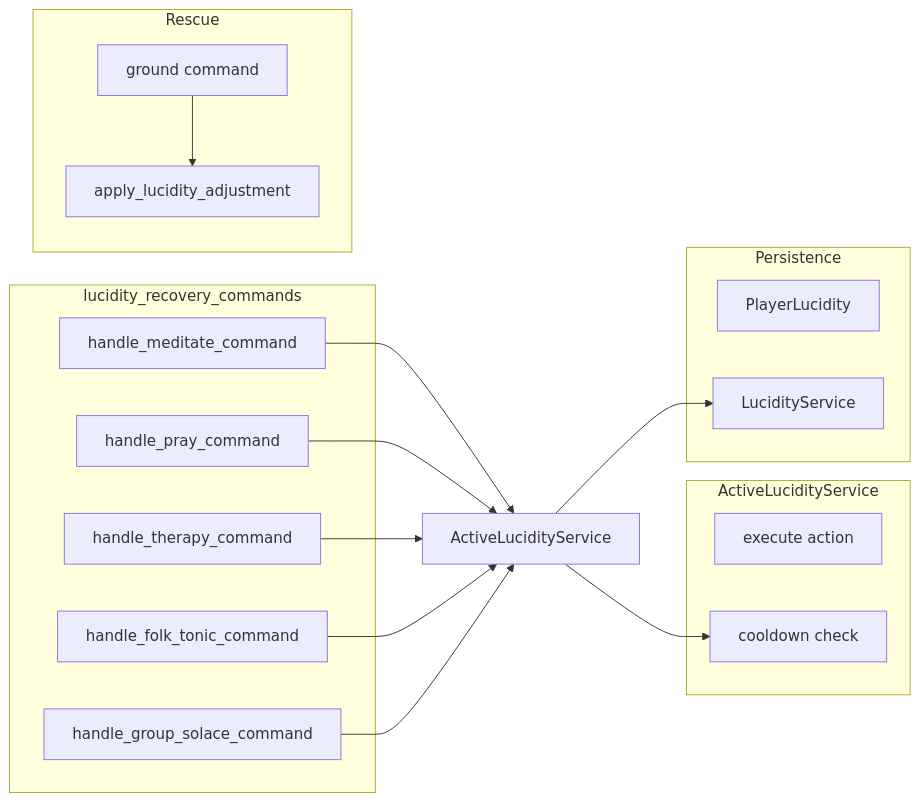
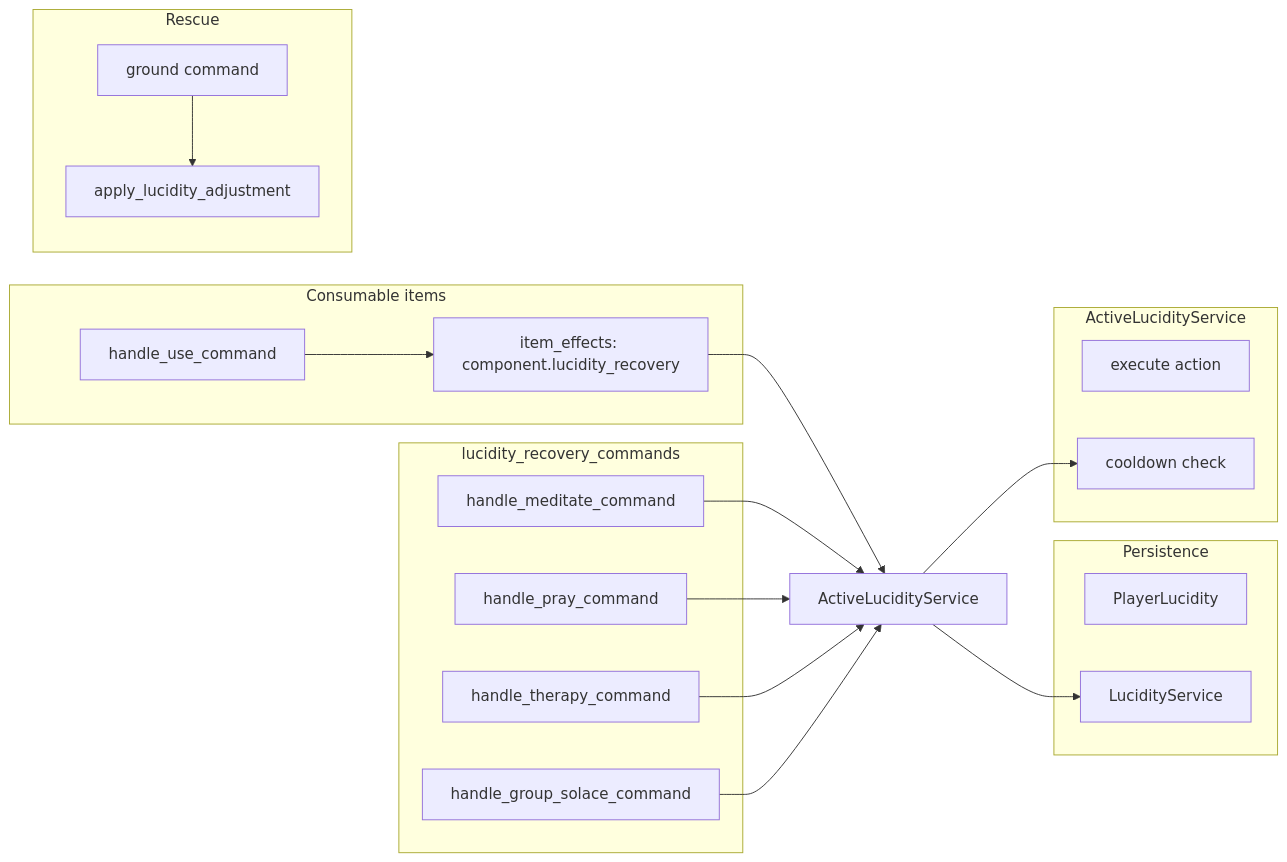
The diagram in docs/subsystems/SUBSYSTEM_LUCIDITY_DESIGN.md (arkanwolfshade/MythosMUD), drawn with Mermaid before and after one commit. The commit also changed other lines of this file and 34 other files, not shown here.

First line of the commit message:
feat(items): folk tonic as a consumable item, with /use (#870)

````diff
--- a/docs/subsystems/SUBSYSTEM_LUCIDITY_DESIGN.md
+++ b/docs/subsystems/SUBSYSTEM_LUCIDITY_DESIGN.md
@@ -29,30 +30,34 @@
 ```mermaid
 flowchart LR
   subgraph commands [lucidity_recovery_commands]
     Meditate[handle_meditate_command]
     Pray[handle_pray_command]
     Therapy[handle_therapy_command]
-    FolkTonic[handle_folk_tonic_command]
     GroupSolace[handle_group_solace_command]
   end
   subgraph active [ActiveLucidityService]
     ExecuteAction[execute action]
     Cooldown[cooldown check]
   end
   subgraph persistence [Persistence]
     PlayerLucidity[PlayerLucidity]
     LucidityService[LucidityService]
   end
+  subgraph consumables [Consumable items]
+    UseCmd[handle_use_command]
+    ItemEffects[item_effects: component.lucidity_recovery]
+  end
   subgraph rescue [Rescue]
     Ground[ground command]
     apply_lucidity_adjustment[apply_lucidity_adjustment]
   end
   Meditate --> ActiveLucidityService
   Pray --> ActiveLucidityService
   Therapy --> ActiveLucidityService
-  FolkTonic --> ActiveLucidityService
+  UseCmd --> ItemEffects
+  ItemEffects --> ActiveLucidityService
   GroupSolace --> ActiveLucidityService
   ActiveLucidityService --> Cooldown
   ActiveLucidityService --> LucidityService
   Ground --> apply_lucidity_adjustment
 ```
````
